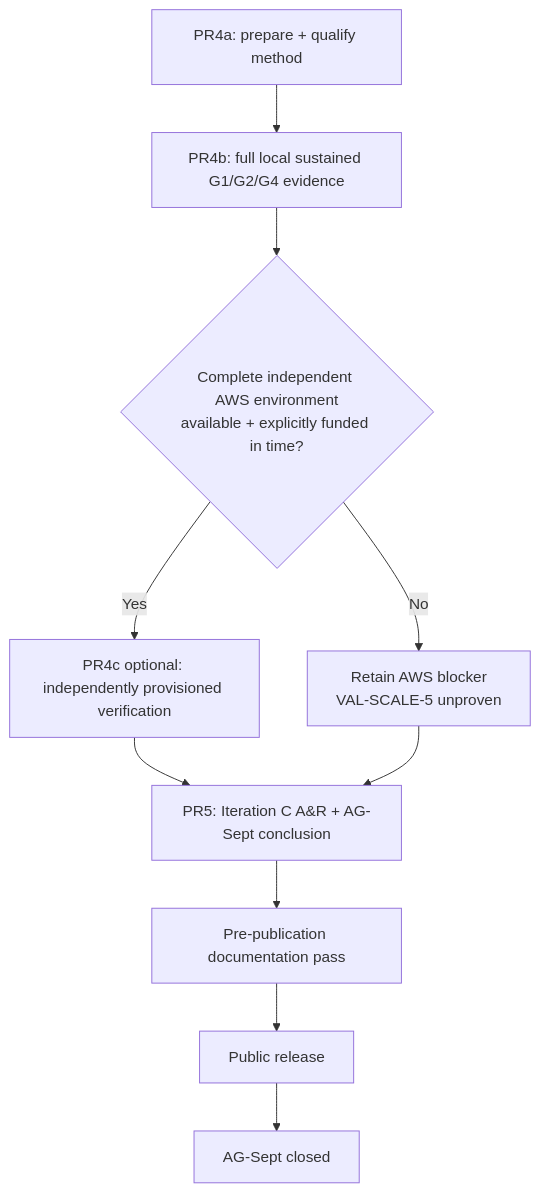
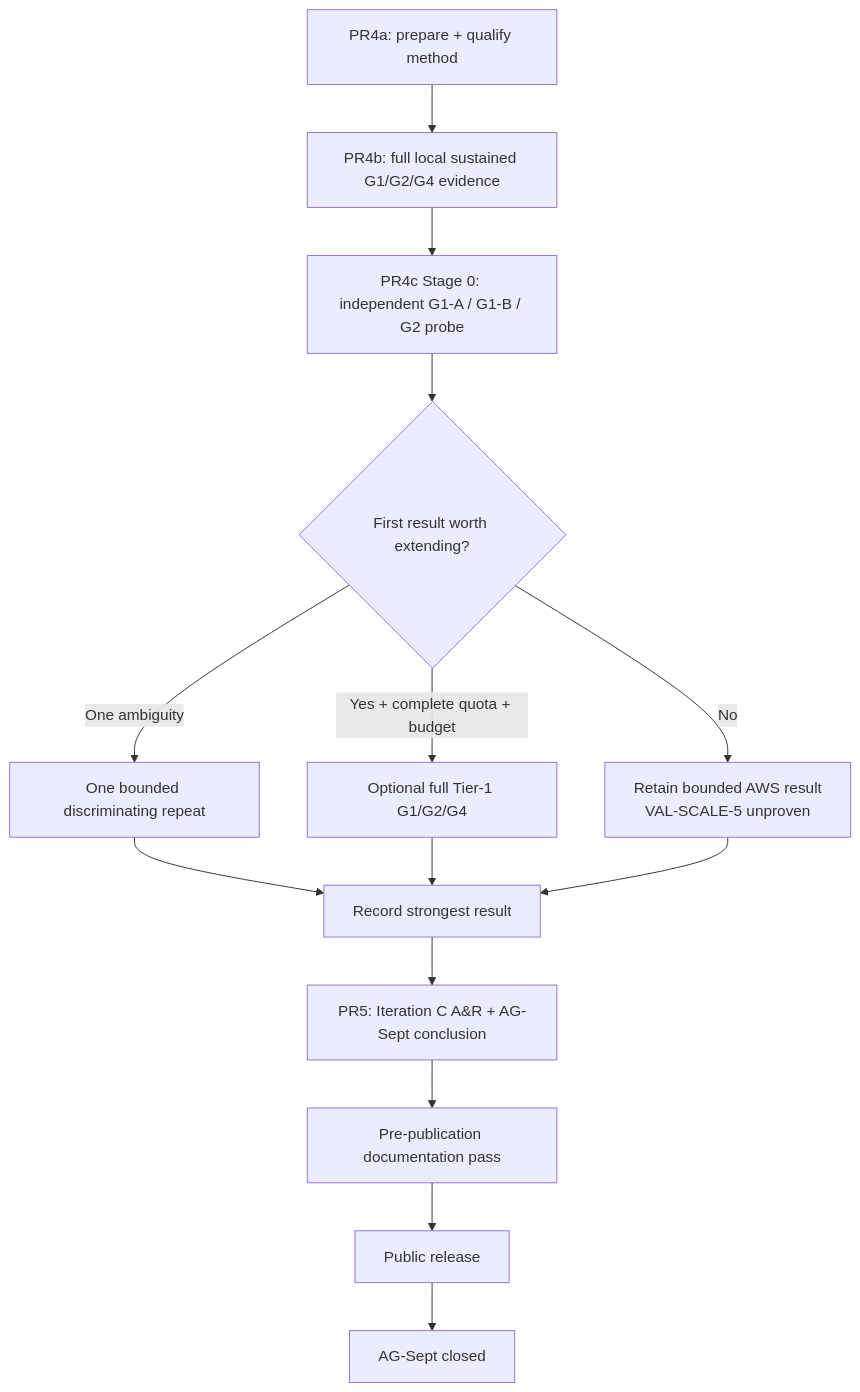
The diagram in docs/planning/ag-sept-plan.md (nancysworld/alloca-go), drawn with Mermaid before and after one commit. The commit also changed other lines of this file, not shown here.

Commit message:
AG-Sept PR4c: schedule probe-first independent verification

````diff
--- a/docs/planning/ag-sept-plan.md
+++ b/docs/planning/ag-sept-plan.md
@@ -513,12 +496,16 @@
 ```mermaid
 flowchart TD
     A[PR4a: prepare + qualify method] --> B[PR4b: full local sustained G1/G2/G4 evidence]
-    B --> C{Complete independent AWS environment<br/>available + explicitly funded in time?}
-    C -->|Yes| D[PR4c optional: independently provisioned verification]
-    C -->|No| E[Retain AWS blocker<br/>VAL-SCALE-5 unproven]
-    D --> F[PR5: Iteration C A&R + AG-Sept conclusion]
-    E --> F
-    F --> G[Pre-publication documentation pass]
-    G --> H[Public release]
-    H --> I[AG-Sept closed]
+    B --> C[PR4c Stage 0: independent G1-A / G1-B / G2 probe]
+    C --> D{First result worth extending?}
+    D -->|No| E[Retain bounded AWS result<br/>VAL-SCALE-5 unproven]
+    D -->|One ambiguity| F[One bounded discriminating repeat]
+    D -->|Yes + complete quota + budget| G[Optional full Tier-1 G1/G2/G4]
+    F --> H[Record strongest result]
+    G --> H
+    E --> H
+    H --> I[PR5: Iteration C A&R + AG-Sept conclusion]
+    I --> J[Pre-publication documentation pass]
+    J --> K[Public release]
+    K --> L[AG-Sept closed]
 ```
````
